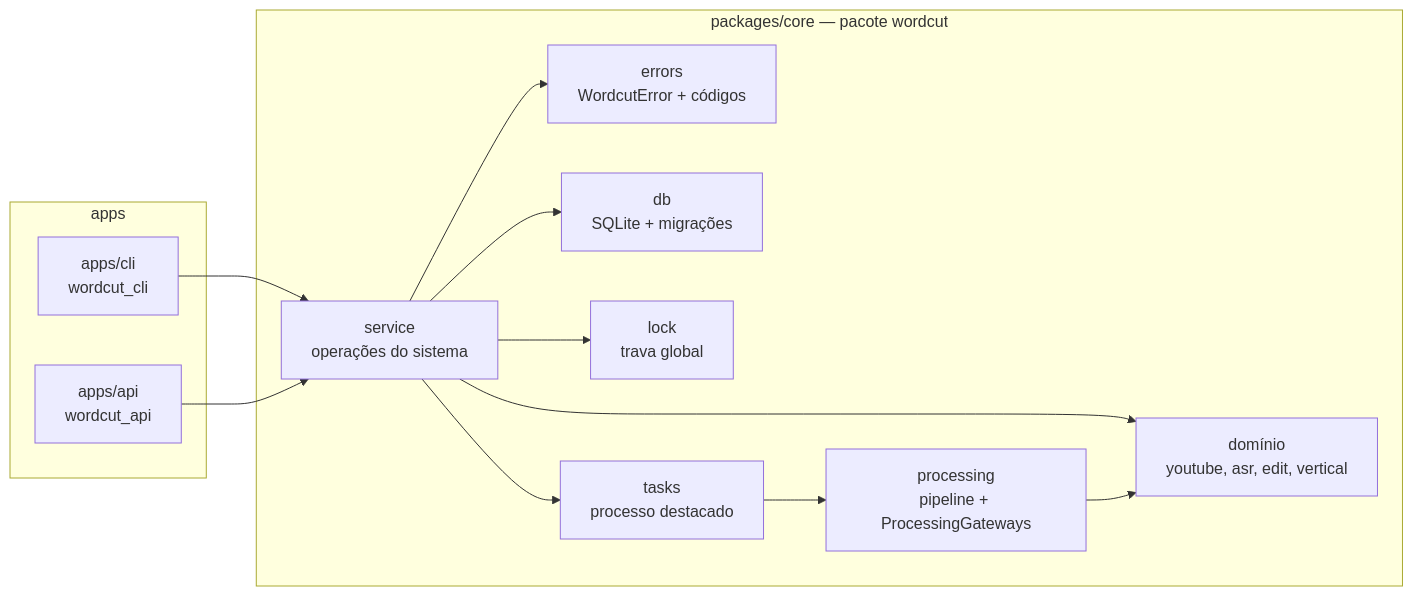
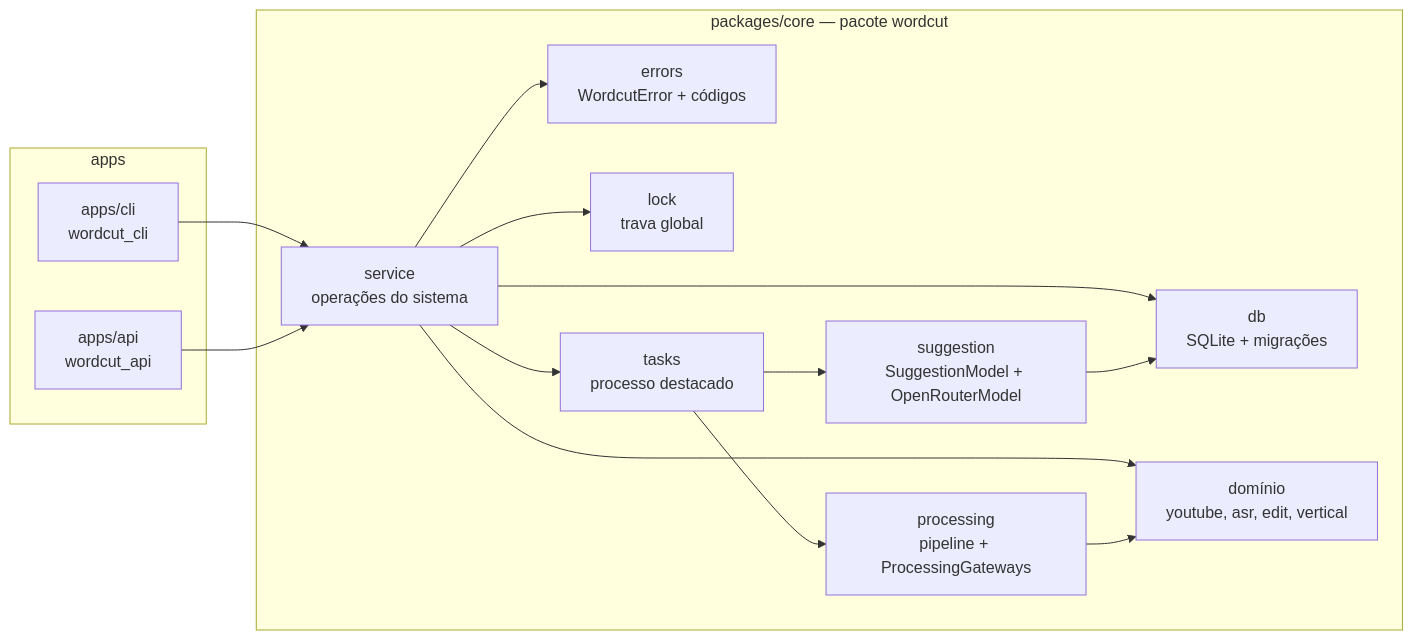
Before and after one commit to leandrokanis/wordcut: the third of 5 diagrams in docs/architecture/README.md, drawn with Mermaid. The commit also changed other lines of this file and 39 other files, not shown here.

````diff
--- a/docs/architecture/README.md
+++ b/docs/architecture/README.md
@@ -62,25 +62,28 @@
 ```mermaid
 flowchart LR
   subgraph apps
     CLI["apps/cli<br/>wordcut_cli"]
     API["apps/api<br/>wordcut_api"]
   end
   subgraph core["packages/core — pacote wordcut"]
     SVC["service<br/>operações do sistema"]
     ERR["errors<br/>WordcutError + códigos"]
     DB["db<br/>SQLite + migrações"]
     LOCK["lock<br/>trava global"]
     TASK["tasks<br/>processo destacado"]
     PROC["processing<br/>pipeline + ProcessingGateways"]
+    SUG["suggestion<br/>SuggestionModel + OpenRouterModel"]
     DOM["domínio<br/>youtube, asr, edit, vertical"]
   end
   CLI --> SVC
   API --> SVC
   SVC --> DB
   SVC --> LOCK
   SVC --> TASK
   SVC --> DOM
   SVC --> ERR
   TASK --> PROC
+  TASK --> SUG
+  SUG --> DB
   PROC --> DOM
 ```
````
